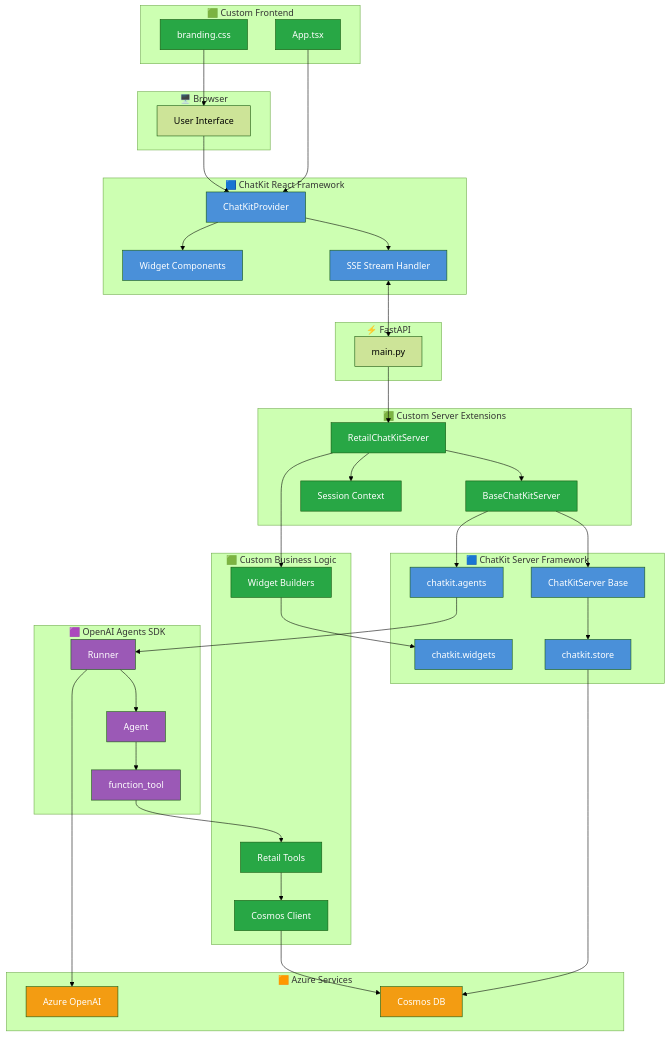
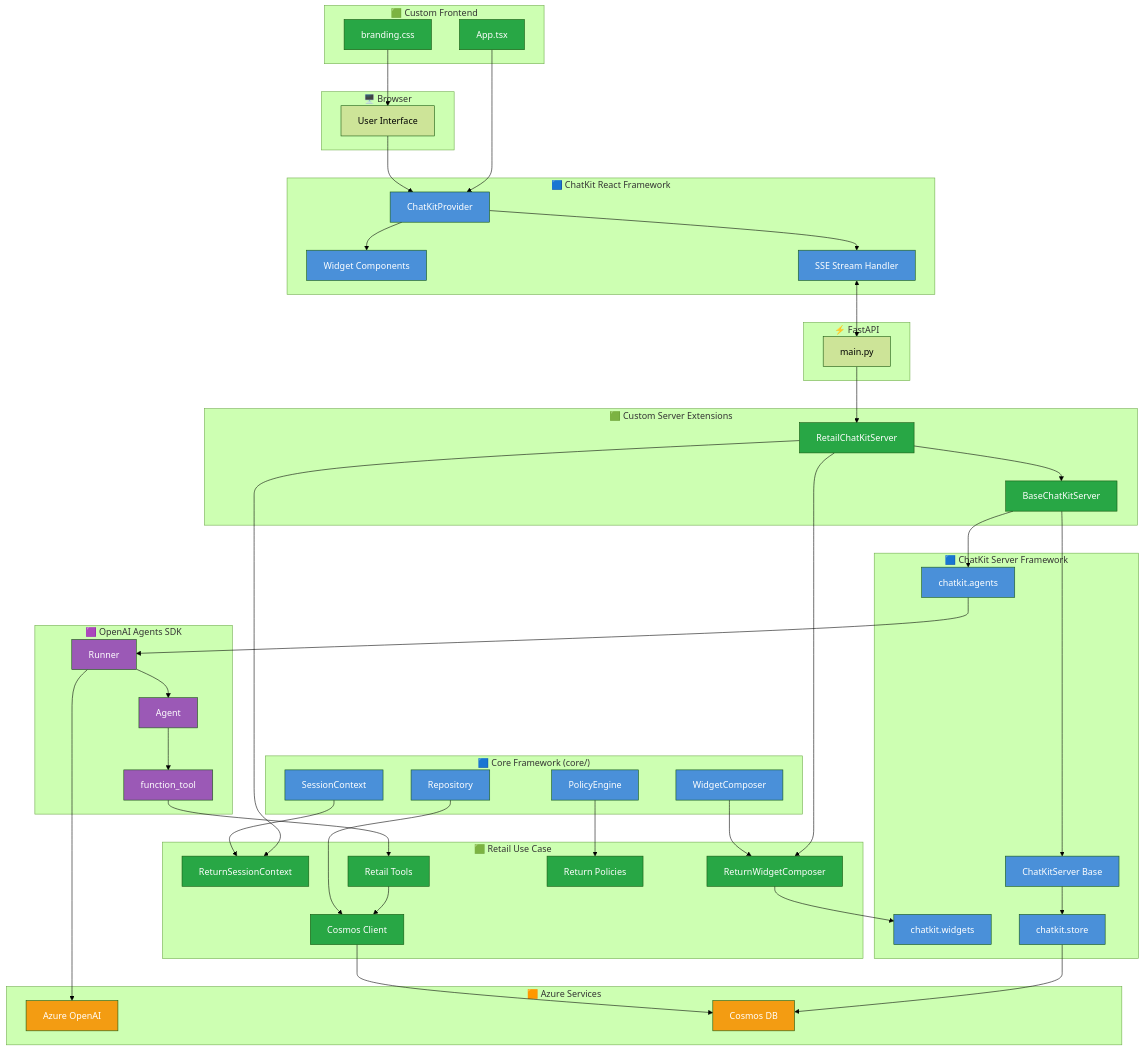
The ninth of 12 diagrams in docs/DIAGRAMS.md (MSFT-Innovation-Hub-India/Chatkit-Order-Return-Sample), drawn with Mermaid (forest theme) before and after one commit. The commit also changed other lines of this file and 26 other files, not shown here.

First line of the commit message:
feat: Implement retail returns domain and presentation layers

```diff
--- a/docs/DIAGRAMS.md
+++ b/docs/DIAGRAMS.md
@@ -587,15 +708,23 @@
         CKStore[chatkit.store]
     end
     
+    subgraph CoreFramework["🟦 Core Framework (core/)"]
+        SessionContext[SessionContext]
+        WidgetComposer[WidgetComposer]
+        Repository[Repository]
+        PolicyEngine[PolicyEngine]
+    end
+    
     subgraph CustomServer["🟩 Custom Server Extensions"]
         BaseServer[BaseChatKitServer]
         RetailServer[RetailChatKitServer]
-        SessionMgmt[Session Context]
     end
     
-    subgraph CustomBusiness["🟩 Custom Business Logic"]
+    subgraph RetailDomain["🟩 Retail Use Case"]
+        ReturnSessionCtx[ReturnSessionContext]
+        ReturnWidgetComposer[ReturnWidgetComposer]
         RetailTools[Retail Tools]
-        WidgetBuilders[Widget Builders]
+        RetailPolicies[Return Policies]
         CosmosClient[Cosmos Client]
     end
     
@@ -621,9 +750,16 @@
     RetailServer --> BaseServer
     BaseServer --> CKServer
     
-    RetailServer --> SessionMgmt
-    RetailServer --> WidgetBuilders
-    WidgetBuilders --> CKWidgets
+    %% Core Framework connections
+    SessionContext --> ReturnSessionCtx
+    WidgetComposer --> ReturnWidgetComposer
+    Repository --> CosmosClient
+    PolicyEngine --> RetailPolicies
+    
+    %% Retail Use Case connections
+    RetailServer --> ReturnSessionCtx
+    RetailServer --> ReturnWidgetComposer
+    ReturnWidgetComposer --> CKWidgets
     
     BaseServer --> CKAgents
     CKAgents --> Runner
@@ -646,12 +782,17 @@
     style CKAgents fill:#4a90d9,color:#fff
     style CKWidgets fill:#4a90d9,color:#fff
     style CKStore fill:#4a90d9,color:#fff
+    style SessionContext fill:#4a90d9,color:#fff
+    style WidgetComposer fill:#4a90d9,color:#fff
+    style Repository fill:#4a90d9,color:#fff
+    style PolicyEngine fill:#4a90d9,color:#fff
     
     style BaseServer fill:#28a745,color:#fff
     style RetailServer fill:#28a745,color:#fff
-    style SessionMgmt fill:#28a745,color:#fff
+    style ReturnSessionCtx fill:#28a745,color:#fff
+    style ReturnWidgetComposer fill:#28a745,color:#fff
     style RetailTools fill:#28a745,color:#fff
-    style WidgetBuilders fill:#28a745,color:#fff
+    style RetailPolicies fill:#28a745,color:#fff
     style CosmosClient fill:#28a745,color:#fff
     style AppTsx fill:#28a745,color:#fff
     style Branding fill:#28a745,color:#fff
```
